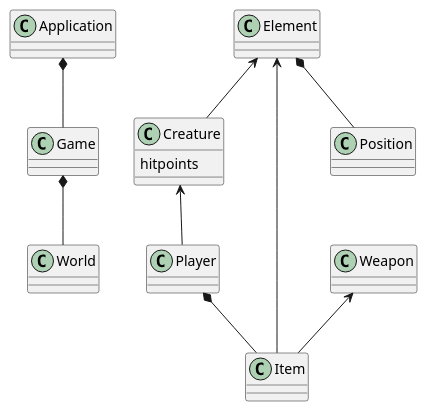
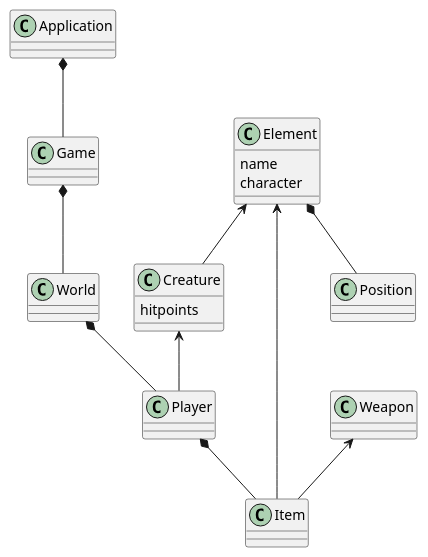
The diagram in uml.puml (Educorreia932/FEUP-LPOO), drawn with PlantUML before and after one commit. The commit also changed 6 other files, not shown here.

```diff
--- a/uml.puml
+++ b/uml.puml
@@ -1,31 +1,38 @@
 @startuml hero
 
 class Application 
 
 class World
 
 class Game
 
-class Element 
+class Element {
+    name
+    character
+}
 
 class Player
 
 class Creature {
     hitpoints
 }
 
+class Item
+
 Application *-- Game
 
 Game *-- World
+
+World *-- Player
 
 Element <-- Creature
 Element <-- Item
 Element *-- Position
 
 Creature <-- Player
 
 Player *-- Item
 
 Weapon <-- Item
 
 @enduml
```
